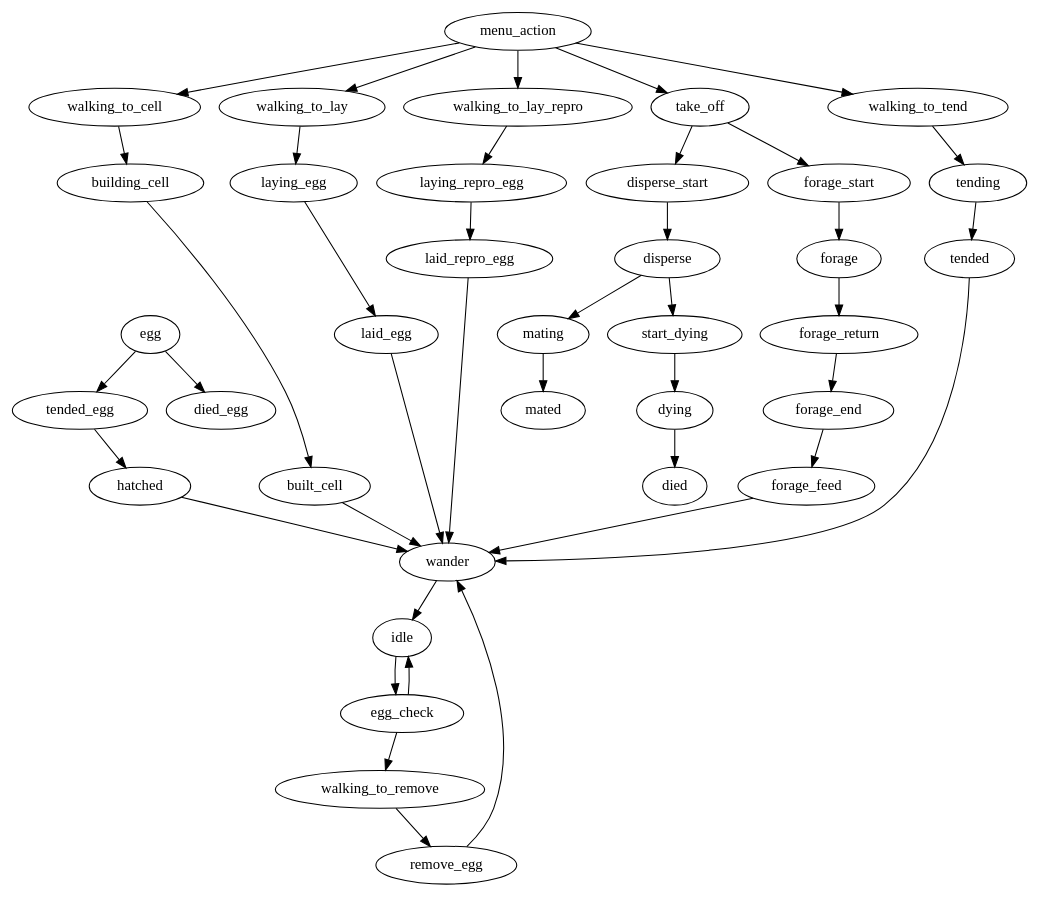
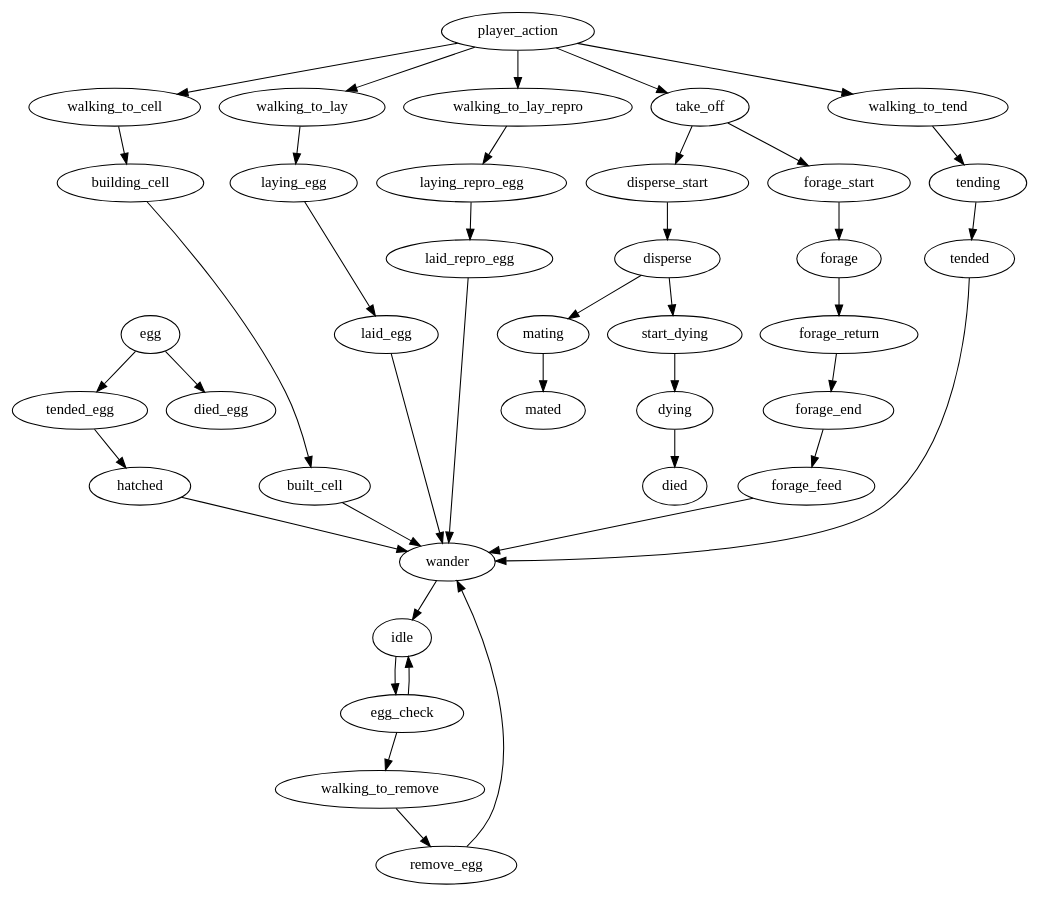
One commit to fo-am/wasp-love changed the diagram in client/htdocs/scm/state.dot. Above: the diagram before and after it, drawn with Graphviz. The commit also changed 2 other files, not shown here.

```diff
--- a/client/htdocs/scm/state.dot
+++ b/client/htdocs/scm/state.dot
@@ -1,46 +1,46 @@
 digraph {
 
 egg -> tended_egg
 egg -> died_egg
 tended_egg -> hatched	
 hatched -> wander
 idle -> egg_check
 walking_to_cell -> building_cell
 building_cell -> built_cell
 built_cell -> wander
 walking_to_lay -> laying_egg
 laying_egg -> laid_egg
 laid_egg -> wander
 walking_to_lay_repro -> laying_repro_egg
 laying_repro_egg -> laid_repro_egg
 laid_repro_egg -> wander
 wander -> idle
 take_off -> disperse_start
 take_off -> forage_start
 forage_start -> forage
 forage -> forage_return
 forage_return -> forage_end
 forage_end -> forage_feed
 forage_feed -> wander
 walking_to_tend -> tending
 tending -> tended
 tended -> wander
 disperse_start -> disperse
 disperse -> mating
 disperse -> start_dying
 mating -> mated
 egg_check -> idle
 egg_check -> walking_to_remove
 walking_to_remove -> remove_egg
 remove_egg -> wander
 start_dying -> dying
 dying -> died
 
 
-menu_action -> take_off
-menu_action -> walking_to_cell
-menu_action -> walking_to_lay
-menu_action -> walking_to_lay_repro
-menu_action -> walking_to_tend
+player_action -> take_off
+player_action -> walking_to_cell
+player_action -> walking_to_lay
+player_action -> walking_to_lay_repro
+player_action -> walking_to_tend
 
 }
```
